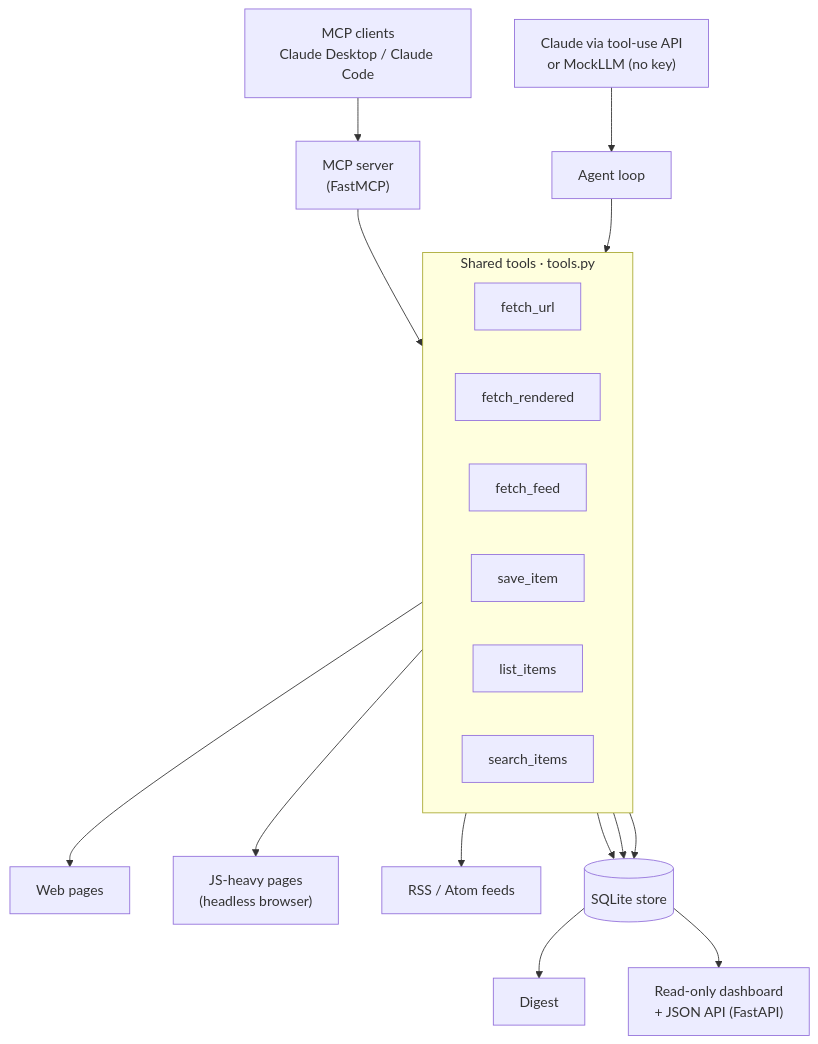
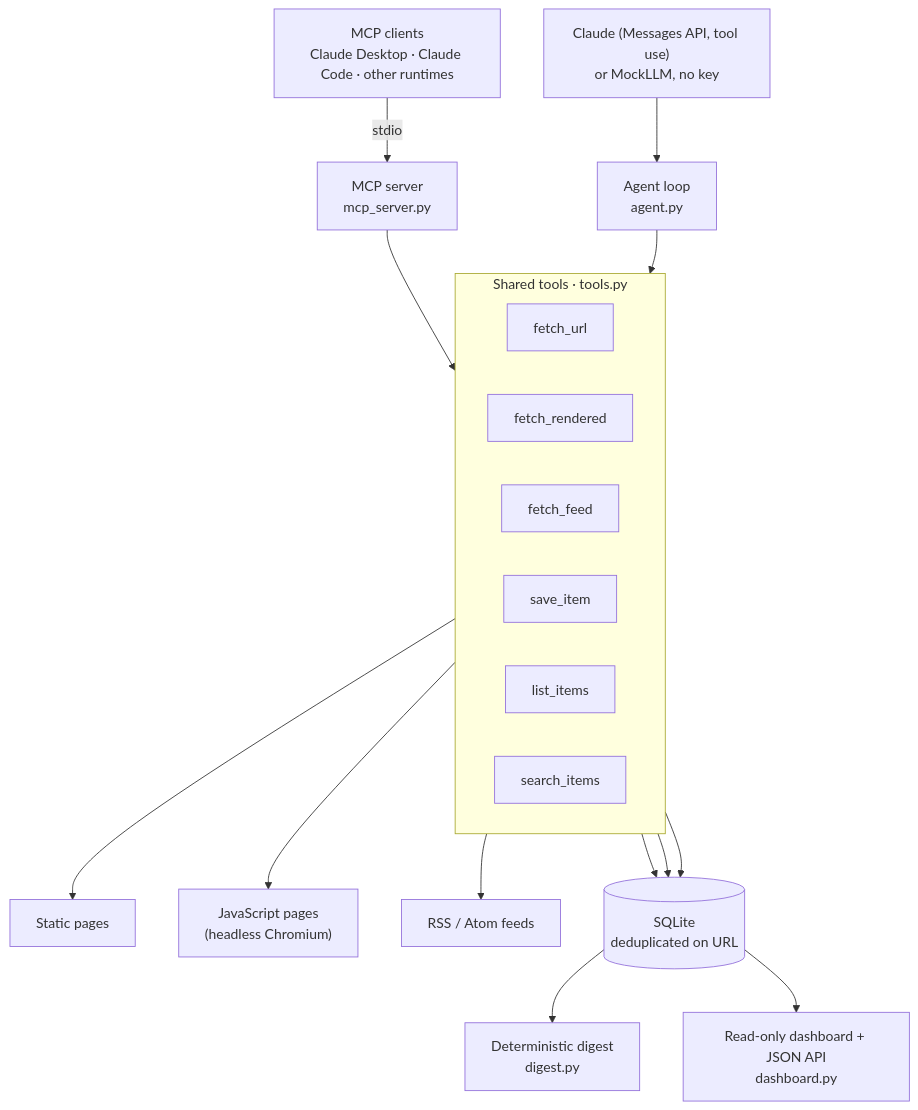
Before and after one commit to gbadedata/mcp-research-agent: the first of 2 diagrams in README.md, drawn with Mermaid. The commit also changed other lines of this file and 1 other file, not shown here.

First line of the commit message:
Rewrite the README and add a safety milestone to the roadmap

````diff
--- a/README.md
+++ b/README.md
@@ -58,24 +79,24 @@
 ```mermaid
 flowchart TD
-    CLIENTS["MCP clients<br/>Claude Desktop / Claude Code"] --> MCP["MCP server<br/>(FastMCP)"]
-    MODEL["Claude via tool-use API<br/>or MockLLM (no key)"] --> AGENT["Agent loop"]
+    CLIENTS["MCP clients<br/>Claude Desktop · Claude Code · other runtimes"] -->|stdio| MCP["MCP server<br/>mcp_server.py"]
+    MODEL["Claude (Messages API, tool use)<br/>or MockLLM, no key"] --> AGENT["Agent loop<br/>agent.py"]
     MCP --> TOOLS
     AGENT --> TOOLS
     subgraph TOOLS["Shared tools · tools.py"]
         direction LR
         F["fetch_url"]
         FR["fetch_rendered"]
         FE["fetch_feed"]
         S["save_item"]
         L["list_items"]
         SR["search_items"]
     end
-    F --> WEB["Web pages"]
-    FR --> JS["JS-heavy pages<br/>(headless browser)"]
+    F --> WEB["Static pages"]
+    FR --> JS["JavaScript pages<br/>(headless Chromium)"]
     FE --> FEEDS["RSS / Atom feeds"]
-    S --> STORE[("SQLite store")]
+    S --> STORE[("SQLite<br/>deduplicated on URL")]
     L --> STORE
     SR --> STORE
-    STORE --> DIGEST["Digest"]
-    STORE --> DASH["Read-only dashboard<br/>+ JSON API (FastAPI)"]
+    STORE --> DIGEST["Deterministic digest<br/>digest.py"]
+    STORE --> DASH["Read-only dashboard + JSON API<br/>dashboard.py"]
 ```
````
